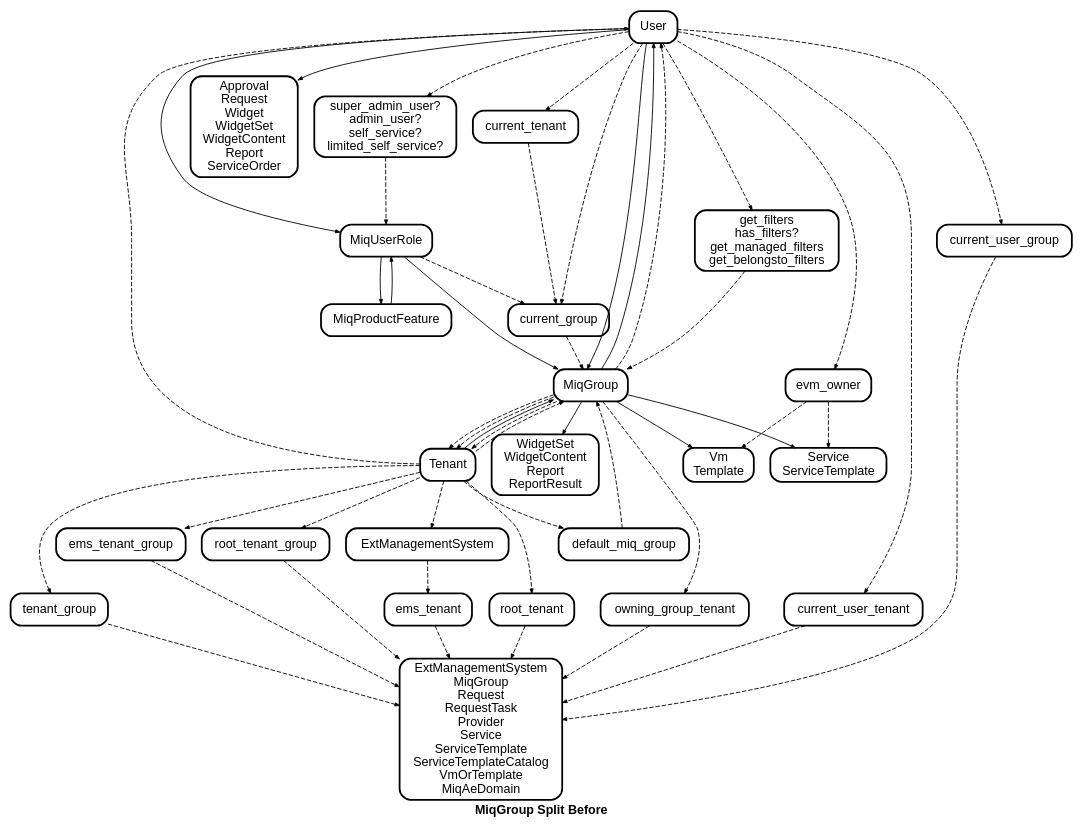
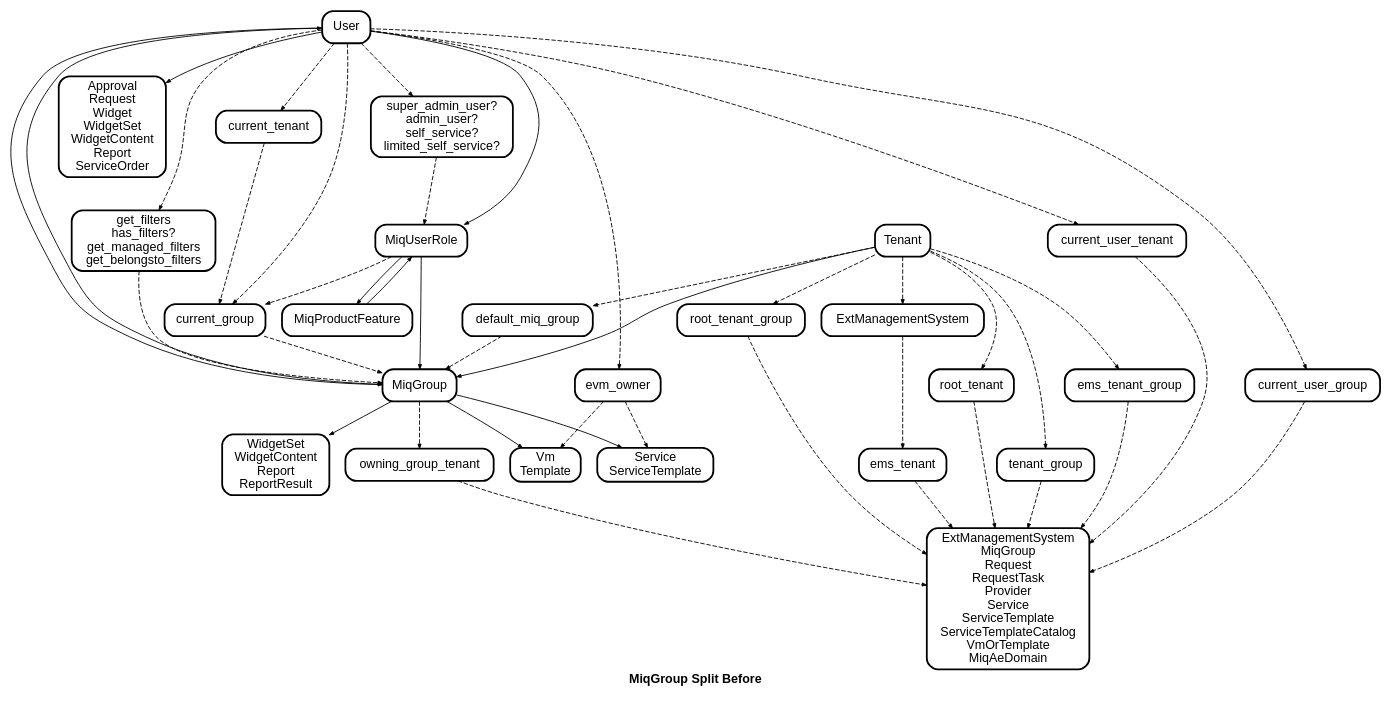
Before and after one commit to jrafanie/miq_group_split: the diagram in miq_group_split_before.dot, drawn with Graphviz.

Commit message:
Remove some redundancy

```diff
--- a/miq_group_split_before.dot
+++ b/miq_group_split_before.dot
@@ -1,40 +1,40 @@
 digraph MiqGroupSplitBefore {
 	graph [ fontname="Helvetica-Bold" ]
 	node  [ id="\N" shape="Mrecord" style="filled" fontname="Helvetica" fillcolor="#ffffff" penwidth="2" ]
 	edge  [ arrowsize="0.5" fontname="Helvetica" ]
 
 	label="MiqGroup Split Before"
 	style="rounded"
 
 	user_owned_resources [label="Approval\nRequest\nWidget\nWidgetSet\nWidgetContent\nReport\nServiceOrder"]
 	group_owned_resources [label="WidgetSet\nWidgetContent\nReport\nReportResult"]
 	owned_vms [label="Vm\nTemplate"]
 	user_filters [label="get_filters\nhas_filters?\nget_managed_filters\nget_belongsto_filters"]
 	user_levels [label="super_admin_user?\nadmin_user?\nself_service?\nlimited_self_service?"]
 	service_resources [label="Service\nServiceTemplate"]
 	tenancy_resources [label="ExtManagementSystem\nMiqGroup\nRequest\nRequestTask\nProvider\nService\nServiceTemplate\nServiceTemplateCatalog\nVmOrTemplate\nMiqAeDomain"]
 
 	Tenant -> MiqGroup
 	Tenant -> default_miq_group -> MiqGroup [style="dashed"]
 	MiqUserRole -> MiqGroup
 	MiqUserRole -> MiqProductFeature
 	MiqProductFeature -> MiqUserRole
 	MiqGroup -> User, owned_vms, group_owned_resources, service_resources
 	User -> MiqUserRole, MiqGroup
 	User -> current_tenant, current_group, user_filters, user_levels [style="dashed"]
 	user_filters -> MiqGroup [style="dashed"]
 	user_levels -> MiqUserRole [style="dashed"]
 	User -> evm_owner -> owned_vms, service_resources [style="dashed"]
 	User -> user_owned_resources
 	current_group -> MiqGroup [style="dashed"]
 	MiqUserRole, current_tenant -> current_group [style="dashed"]
 
-	Tenant -> MiqGroup -> owning_group_tenant -> tenancy_resources [style="dashed"]
-	Tenant -> User -> current_user_tenant -> tenancy_resources [style="dashed"]
+	MiqGroup -> owning_group_tenant -> tenancy_resources [style="dashed"]
+	User -> current_user_tenant -> tenancy_resources [style="dashed"]
 	Tenant -> ExtManagementSystem -> ems_tenant -> tenancy_resources [style="dashed"]
 	Tenant -> root_tenant -> tenancy_resources [style="dashed"]
-	MiqGroup -> Tenant -> tenant_group -> tenancy_resources [style="dashed"]
-	MiqGroup -> User -> current_user_group -> tenancy_resources [style="dashed"]
-	MiqGroup -> Tenant -> ems_tenant_group -> tenancy_resources [style="dashed"]
-	MiqGroup -> Tenant -> root_tenant_group -> tenancy_resources [style="dashed"]
+	Tenant -> tenant_group -> tenancy_resources [style="dashed"]
+	User -> current_user_group -> tenancy_resources [style="dashed"]
+	Tenant -> ems_tenant_group -> tenancy_resources [style="dashed"]
+	Tenant -> root_tenant_group -> tenancy_resources [style="dashed"]
 }
```
